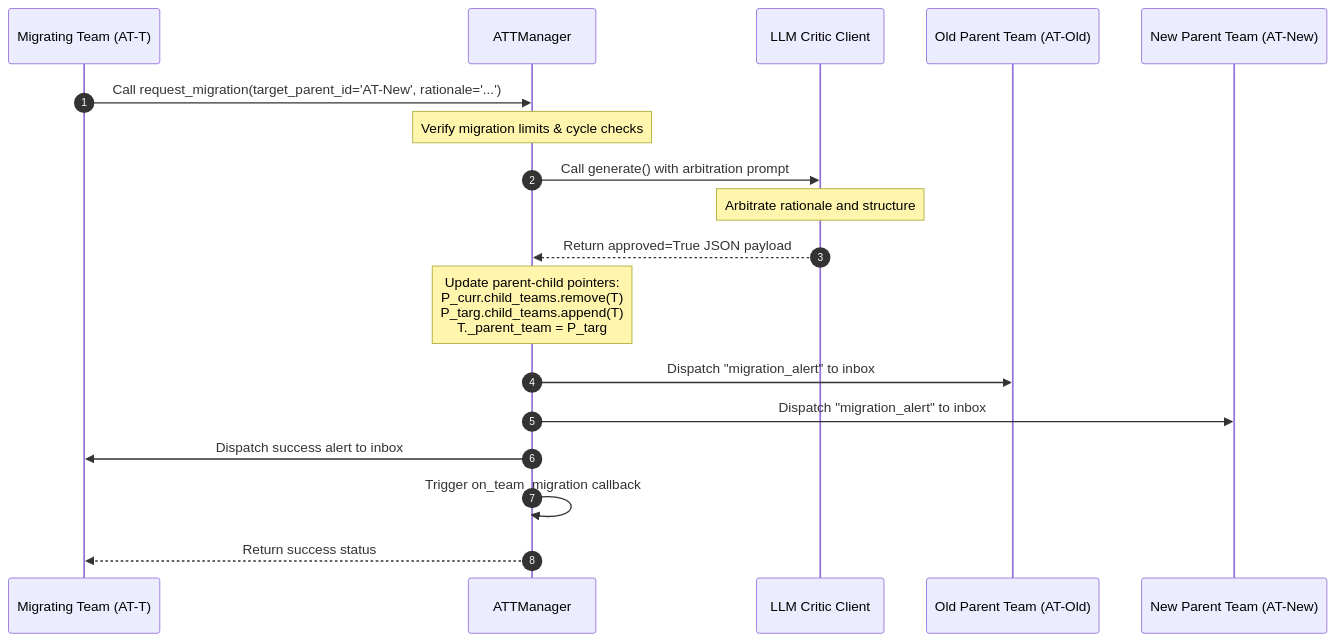
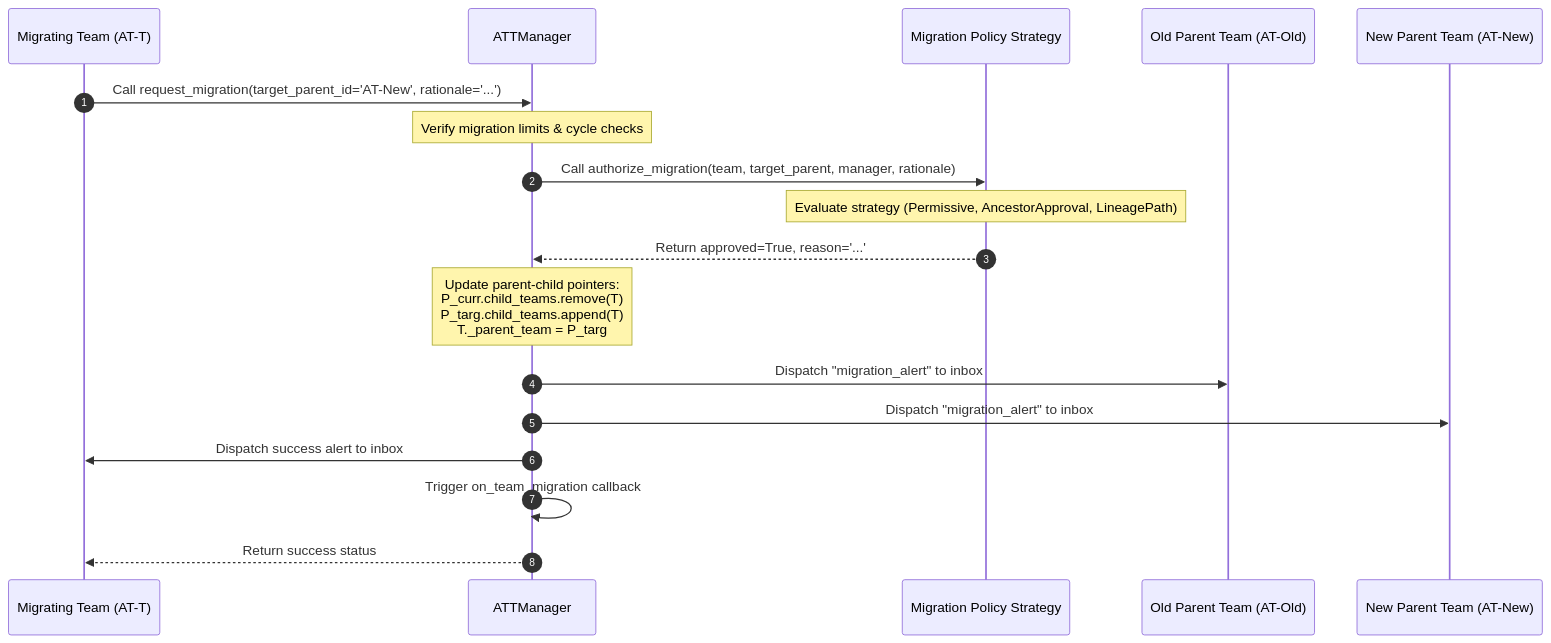
Before and after one commit to AI-Team-Team/AI-Team-Team: the third of 4 diagrams in docs/flowcharts/Spawning_Escalation.md, drawn with Mermaid. The commit also changed other lines of this file and 21 other files, not shown here.

````diff
--- a/docs/flowcharts/Spawning_Escalation.md
+++ b/docs/flowcharts/Spawning_Escalation.md
@@ -68,24 +68,24 @@
 ```mermaid
 sequenceDiagram
     autonumber
     participant T as Migrating Team (AT-T)
     participant Manager as ATTManager
-    participant Critic as LLM Critic Client
+    participant Policy as Migration Policy Strategy
     participant P_curr as Old Parent Team (AT-Old)
     participant P_targ as New Parent Team (AT-New)
 
     T->>Manager: Call request_migration(target_parent_id='AT-New', rationale='...')
     Note over Manager: Verify migration limits & cycle checks
-    Manager->>Critic: Call generate() with arbitration prompt
-    Note over Critic: Arbitrate rationale and structure
-    Critic-->>Manager: Return approved=True JSON payload
+    Manager->>Policy: Call authorize_migration(team, target_parent, manager, rationale)
+    Note over Policy: Evaluate strategy (Permissive, AncestorApproval, LineagePath)
+    Policy-->>Manager: Return approved=True, reason='...'
     
     Note over Manager: Update parent-child pointers:<br/>P_curr.child_teams.remove(T)<br/>P_targ.child_teams.append(T)<br/>T._parent_team = P_targ
     
     Manager->>P_curr: Dispatch "migration_alert" to inbox
     Manager->>P_targ: Dispatch "migration_alert" to inbox
     Manager->>T: Dispatch success alert to inbox
     
     Manager->>Manager: Trigger on_team_migration callback
     Manager-->>T: Return success status
 ```
````
